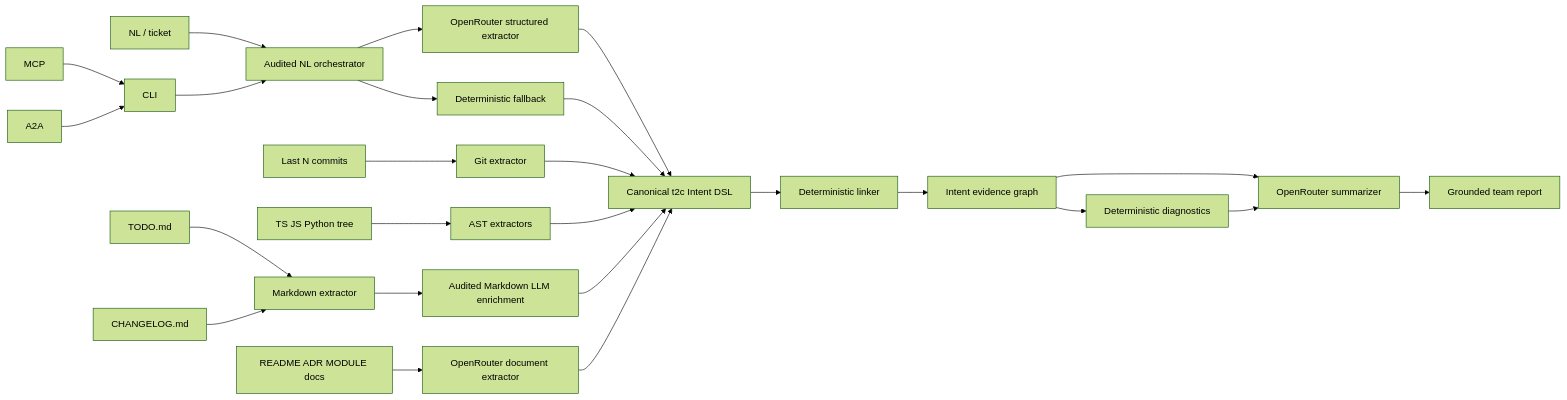
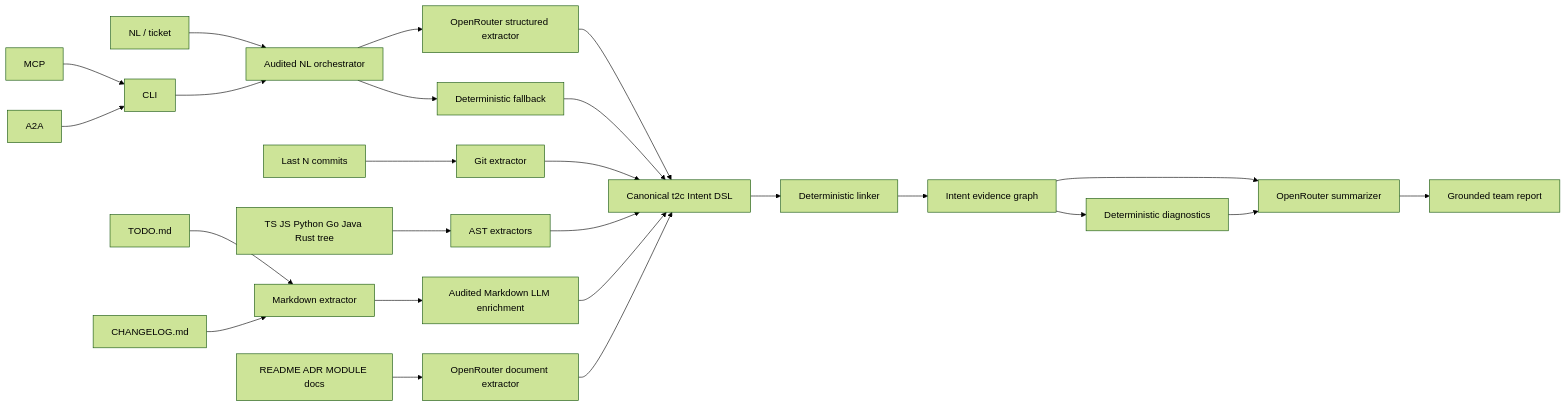
The diagram in docs/ARCHITECTURE.md (autogrammar/todo2code), drawn with Mermaid (forest theme) before and after one commit. The commit also changed other lines of this file and 54 other files, not shown here.

````diff
--- a/docs/ARCHITECTURE.md
+++ b/docs/ARCHITECTURE.md
@@ -5,30 +5,30 @@
 ```mermaid
 flowchart LR
     NL[NL / ticket] --> NLO[Audited NL orchestrator]
     NLO --> NLLM[OpenRouter structured extractor]
     NLO --> NLE[Deterministic fallback]
     GIT[Last N commits] --> GE[Git extractor]
-    CODE[TS JS Python tree] --> AE[AST extractors]
+    CODE[TS JS Python Go Java Rust tree] --> AE[AST extractors]
     TODO[TODO.md] --> ME[Markdown extractor]
     CHG[CHANGELOG.md] --> ME
     ME --> MLO[Audited Markdown LLM enrichment]
     DOCS[README ADR MODULE docs] --> ORE[OpenRouter document extractor]
 
     NLLM --> DSL[Canonical t2c Intent DSL]
     NLE --> DSL
     GE --> DSL
     AE --> DSL
     MLO --> DSL
     ORE --> DSL
 
     DSL --> LINK[Deterministic linker]
     LINK --> GRAPH[Intent evidence graph]
     GRAPH --> DIAG[Deterministic diagnostics]
     GRAPH --> SUM[OpenRouter summarizer]
     DIAG --> SUM
     SUM --> REPORT[Grounded team report]
 
     CLI --> NLO
     MCP --> CLI
     A2A --> CLI
 ```
````
